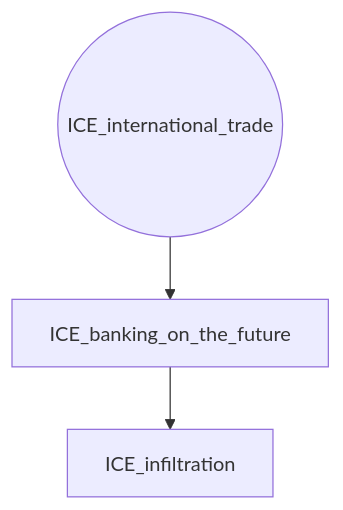
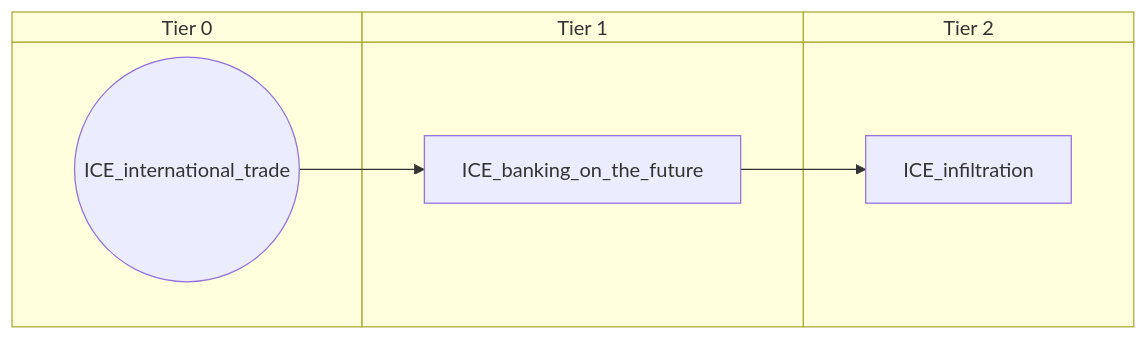
One commit to evgeny-sobol/hoi4-sandbox-mode changed the second of 6 diagrams in docs/gdd/National Focuses/iceland.md. Above: the diagram before and after it, drawn with Mermaid. The commit also changed other lines of this file and 80 other files, not shown here.

First line of the commit message:
Add swimlane mode to focus graph exporter

````diff
--- a/docs/gdd/National Focuses/iceland.md
+++ b/docs/gdd/National Focuses/iceland.md
@@ -46,8 +56,14 @@
 ```mermaid
-flowchart TD
-    n16["ICE_banking_on_the_future"]
-    n17["ICE_infiltration"]
-    n18(("ICE_international_trade"))
-    n18 --> n16
+swimlane-beta TD
+    subgraph tier_0["Tier 0"]
+        n16(("ICE_international_trade"))
+    end
+    subgraph tier_1["Tier 1"]
+        n17["ICE_banking_on_the_future"]
+    end
+    subgraph tier_2["Tier 2"]
+        n18["ICE_infiltration"]
+    end
     n16 --> n17
+    n17 --> n18
 ```
````
